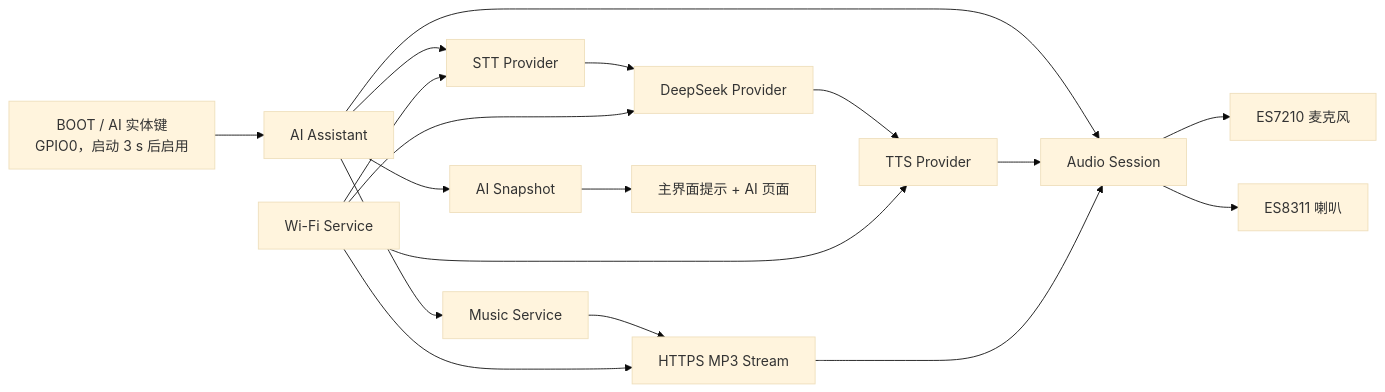
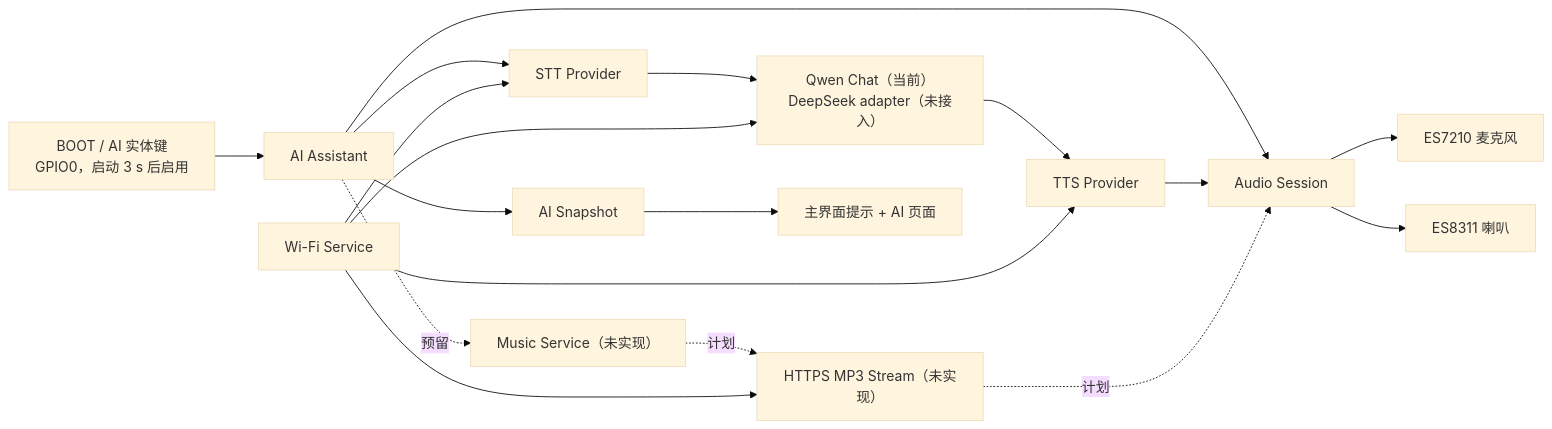
Before and after one commit to Yangth1993/BikeMB: the second of 2 diagrams in docs/architecture/overview.md, drawn with Mermaid (base theme). The commit also changed other lines of this file and 12 other files, not shown here.

````diff
--- a/docs/architecture/overview.md
+++ b/docs/architecture/overview.md
@@ -55,20 +55,20 @@
 ```mermaid
 flowchart LR
   Button["BOOT / AI 实体键<br/>GPIO0，启动 3 s 后启用"] --> Assistant["AI Assistant"]
   Assistant --> Session["Audio Session"]
   Session --> Mic["ES7210 麦克风"]
   Session --> Speaker["ES8311 喇叭"]
   Assistant --> Stt["STT Provider"]
-  Stt --> Llm["DeepSeek Provider"]
+  Stt --> Llm["Qwen Chat（当前）<br/>DeepSeek adapter（未接入）"]
   Llm --> Tts["TTS Provider"]
   Tts --> Session
-  Assistant --> Music["Music Service"]
-  Music --> Stream["HTTPS MP3 Stream"]
-  Stream --> Session
+  Assistant -.预留.-> Music["Music Service（未实现）"]
+  Music -.计划.-> Stream["HTTPS MP3 Stream（未实现）"]
+  Stream -.计划.-> Session
   Wifi["Wi-Fi Service"] --> Stt
   Wifi --> Llm
   Wifi --> Tts
   Wifi --> Stream
   Assistant --> Snapshot["AI Snapshot"]
   Snapshot --> Ui["主界面提示 + AI 页面"]
 ```
````
